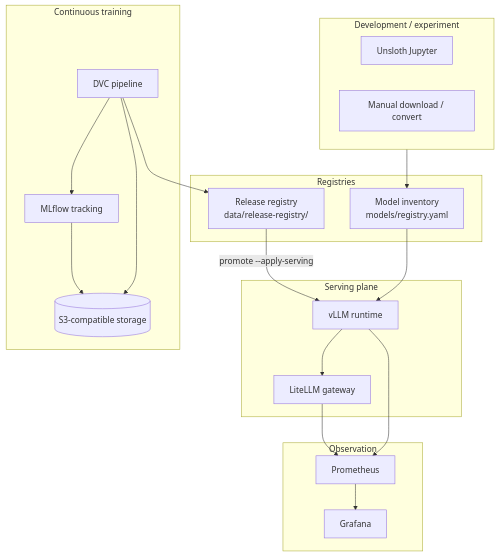
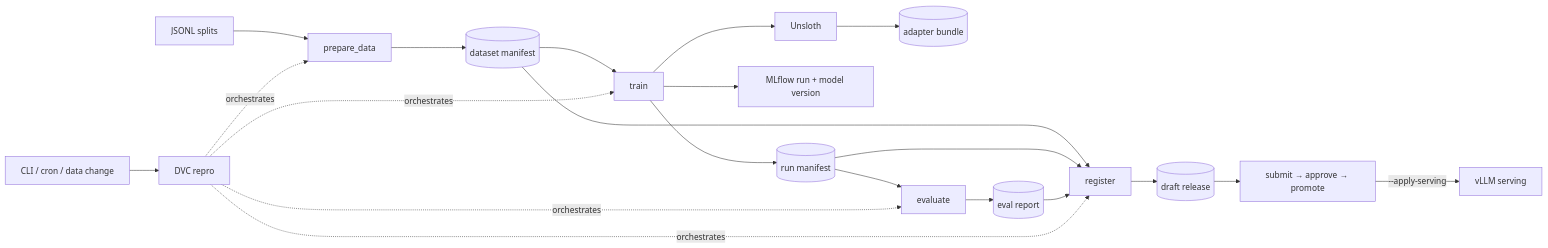
The second of 2 diagrams in docs/ARCHITECTURE.md (anhtuan23004/MLOps-Platform), drawn with Mermaid before and after one commit. The commit also changed other lines of this file, not shown here.

Commit message:
docs: redraw current platform architecture

````diff
--- a/docs/ARCHITECTURE.md
+++ b/docs/ARCHITECTURE.md
@@ -25,40 +340,23 @@
 ```mermaid
-flowchart TB
-  subgraph dev [Development / experiment]
-    unsloth[Unsloth Jupyter]
-    manual[Manual download / convert]
-  end
-
-  subgraph ct [Continuous training]
-    dvc[DVC pipeline]
-    mlflow[MLflow tracking]
-    s3[(S3-compatible storage)]
-  end
-
-  subgraph registry [Registries]
-    inv[Model inventory<br/>models/registry.yaml]
-    rel[Release registry<br/>data/release-registry/]
-  end
-
-  subgraph serving [Serving plane]
-    vllm[vLLM runtime]
-    litellm[LiteLLM gateway]
-  end
-
-  subgraph observe [Observation]
-    prom[Prometheus]
-    graf[Grafana]
-  end
-
-  dev --> inv
-  dvc --> mlflow
-  dvc --> s3
-  dvc --> rel
-  mlflow --> s3
-  rel -->|promote --apply-serving| vllm
-  inv --> vllm
-  vllm --> litellm
-  vllm --> prom
-  litellm --> prom
-  prom --> graf
+flowchart LR
+  trigger[CLI / cron / data change] --> dvc[DVC repro]
+  raw[JSONL splits] --> prepare[prepare_data]
+  dvc -. orchestrates .-> prepare
+  prepare --> manifest[(dataset manifest)]
+  manifest --> train[train]
+  dvc -. orchestrates .-> train
+  train --> unsloth[Unsloth]
+  unsloth --> bundle[(adapter bundle)]
+  train --> mlflow[MLflow run + model version]
+  train --> run[(run manifest)]
+  run --> eval[evaluate]
+  dvc -. orchestrates .-> eval
+  eval --> report[(eval report)]
+  manifest --> register[register]
+  run --> register
+  report --> register
+  dvc -. orchestrates .-> register
+  register --> release[(draft release)]
+  release --> gates[submit → approve → promote]
+  gates -->|--apply-serving| serving[vLLM serving]
 ```
````
